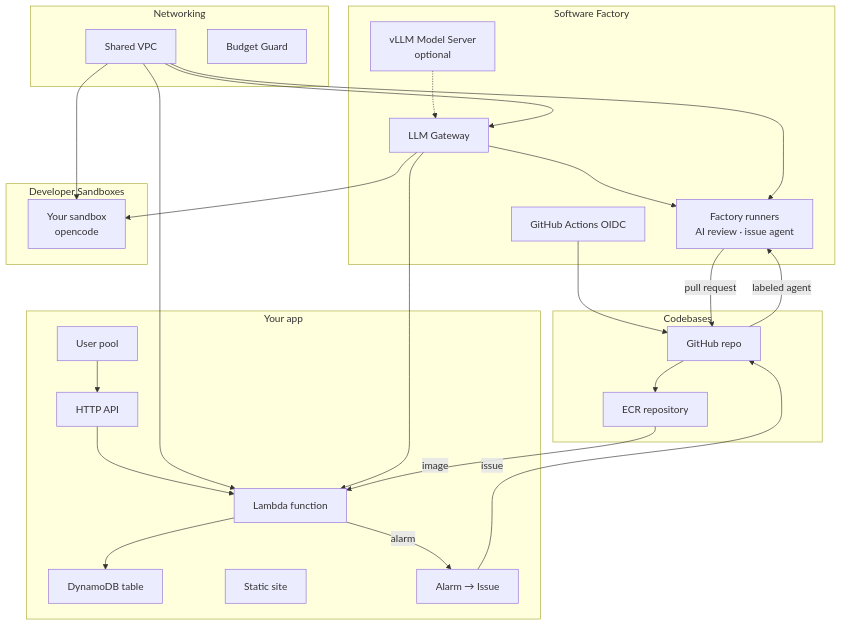
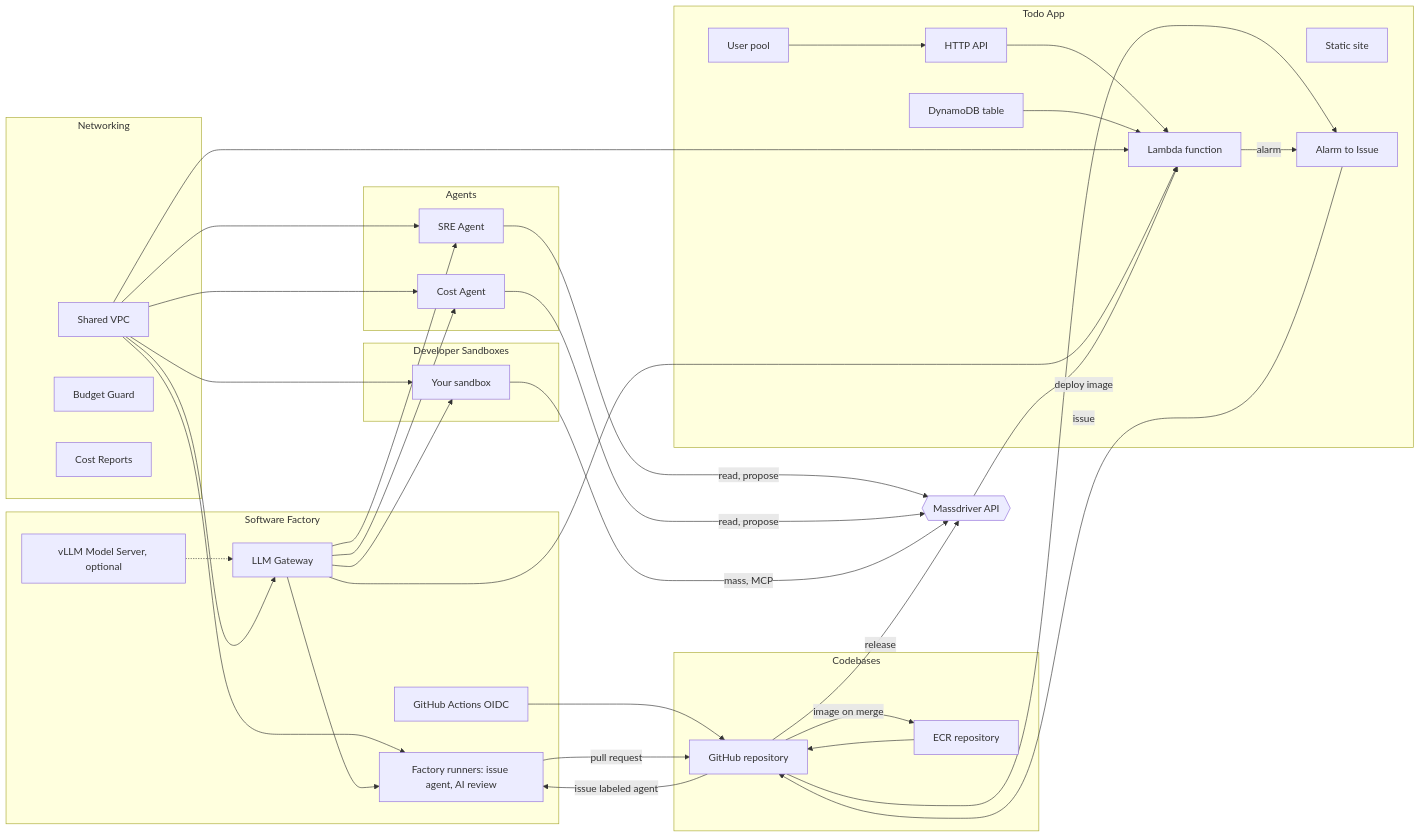
The diagram in WORKSHOP.md (massdriver-catalogs/aws-software-factory), drawn with Mermaid before and after one commit. The commit also changed other lines of this file, not shown here.

Commit message:
Show how the projects connect and what every identity and secret is for

````diff
--- a/WORKSHOP.md
+++ b/WORKSHOP.md
@@ -19,32 +19,48 @@
 ```mermaid
-flowchart TB
+flowchart LR
   subgraph NET[Networking]
     VPC[Shared VPC]
     BG[Budget Guard]
+    CR[Cost Reports]
   end
   subgraph SF[Software Factory]
-    GPU[vLLM Model Server<br/>optional] -.-> GW[LLM Gateway]
-    GW --> RUN[Factory runners<br/>AI review · issue agent]
+    GPU["vLLM Model Server, optional"] -.-> GW[LLM Gateway]
+    RUN["Factory runners: issue agent, AI review"]
     OIDC[GitHub Actions OIDC]
   end
+  subgraph CB[Codebases]
+    ECR[ECR repository]
+    REPO[GitHub repository]
+  end
+  subgraph APP[Todo App]
+    USR[User pool] --> API[HTTP API]
+    API --> FN[Lambda function]
+    TBL[DynamoDB table] --> FN
+    WEB[Static site]
+    A2I[Alarm to Issue]
+  end
   subgraph DS[Developer Sandboxes]
-    SB[Your sandbox<br/>opencode]
+    SB[Your sandbox]
   end
-  subgraph CB[Codebases]
-    REPO[GitHub repo] --> ECR[ECR repository]
+  subgraph AG[Agents]
+    SRE[SRE Agent]
+    COST[Cost Agent]
   end
-  subgraph APP[Your app]
-    API[HTTP API] --> FN[Lambda function]
-    FN --> TBL[DynamoDB table]
-    WEB[Static site]
-    USR[User pool] --> API
-    A2I[Alarm → Issue]
-  end
+  MD{{Massdriver API}}
 
-  VPC --> GW & SB & RUN & FN
-  GW --> SB & FN
+  VPC --> GW & RUN & FN & SB & SRE & COST
+  GW --> RUN & FN & SB & SRE & COST
   OIDC --> REPO
-  ECR -->|image| FN
-  FN -->|alarm| A2I -->|issue| REPO
-  REPO -->|labeled agent| RUN -->|pull request| REPO
+  ECR --> REPO
+  REPO --> A2I
+
+  REPO -->|issue labeled agent| RUN
+  RUN -->|pull request| REPO
+  REPO -->|image on merge| ECR
+  REPO -->|release| MD
+  MD -->|deploy image| FN
+  FN -->|alarm| A2I
+  A2I -->|issue| REPO
+  SRE & COST -->|read, propose| MD
+  SB -->|mass, MCP| MD
 ```
````
